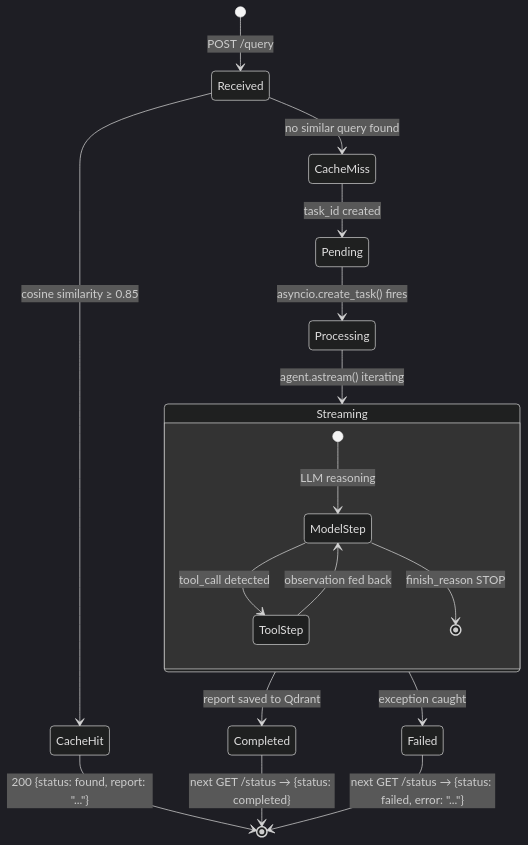
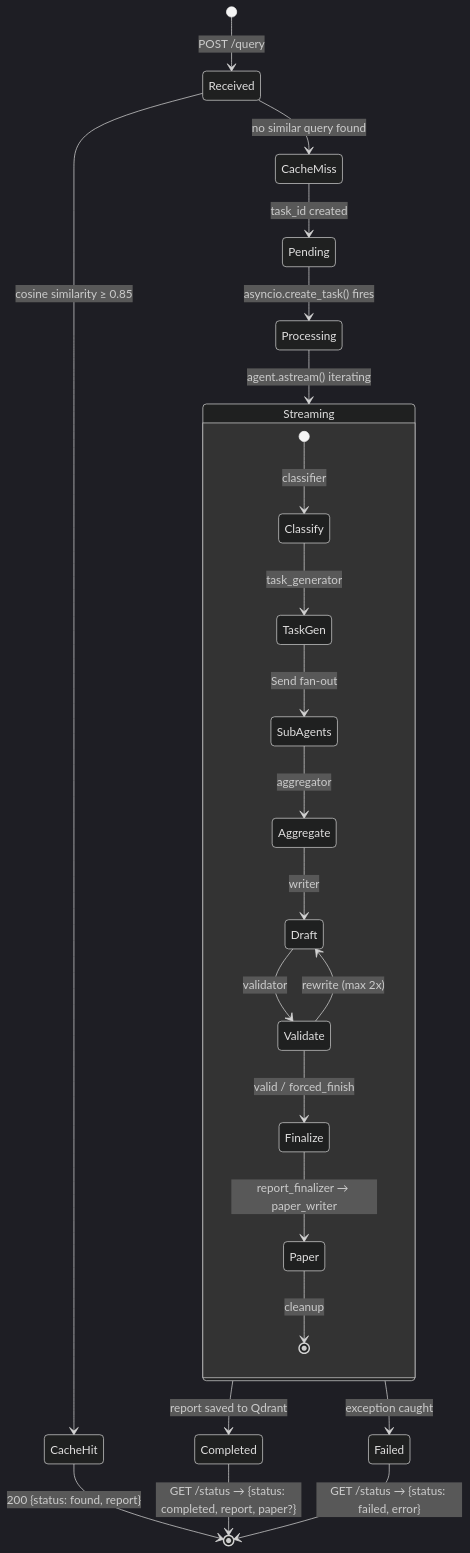
Before and after one commit to nishant5790/aion-ai-research: the fifth of 5 diagrams in backend/docs/architecture.md, drawn with Mermaid (dark theme). The commit also changed other lines of this file and 3 other files, not shown here.

````diff
--- a/backend/docs/architecture.md
+++ b/backend/docs/architecture.md
@@ -218,26 +284,32 @@
 ```mermaid
 stateDiagram-v2
     [*] --> Received : POST /query
 
     Received --> CacheHit : cosine similarity ≥ 0.85
     Received --> CacheMiss : no similar query found
 
-    CacheHit --> [*] : 200 {status: found, report: "..."}
+    CacheHit --> [*] : 200 {status: found, report}
 
     CacheMiss --> Pending : task_id created
     Pending --> Processing : asyncio.create_task() fires
     Processing --> Streaming : agent.astream() iterating
 
     state Streaming {
-        [*] --> ModelStep : LLM reasoning
-        ModelStep --> ToolStep : tool_call detected
-        ToolStep --> ModelStep : observation fed back
-        ModelStep --> [*] : finish_reason STOP
+        [*] --> Classify : classifier
+        Classify --> TaskGen : task_generator
+        TaskGen --> SubAgents : Send fan-out
+        SubAgents --> Aggregate : aggregator
+        Aggregate --> Draft : writer
+        Draft --> Validate : validator
+        Validate --> Draft : rewrite (max 2x)
+        Validate --> Finalize : valid / forced_finish
+        Finalize --> Paper : report_finalizer → paper_writer
+        Paper --> [*] : cleanup
     }
 
     Streaming --> Completed : report saved to Qdrant
     Streaming --> Failed : exception caught
 
-    Completed --> [*] : next GET /status → {status: completed}
-    Failed --> [*] : next GET /status → {status: failed, error: "..."}
+    Completed --> [*] : GET /status → {status: completed, report, paper?}
+    Failed --> [*] : GET /status → {status: failed, error}
 ```
````
